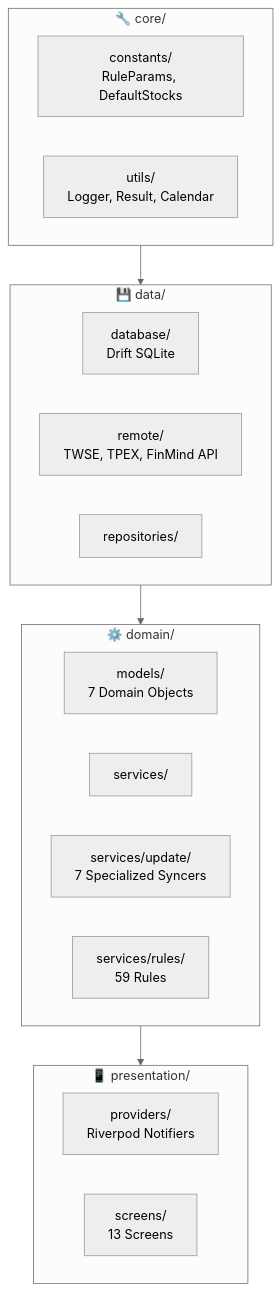
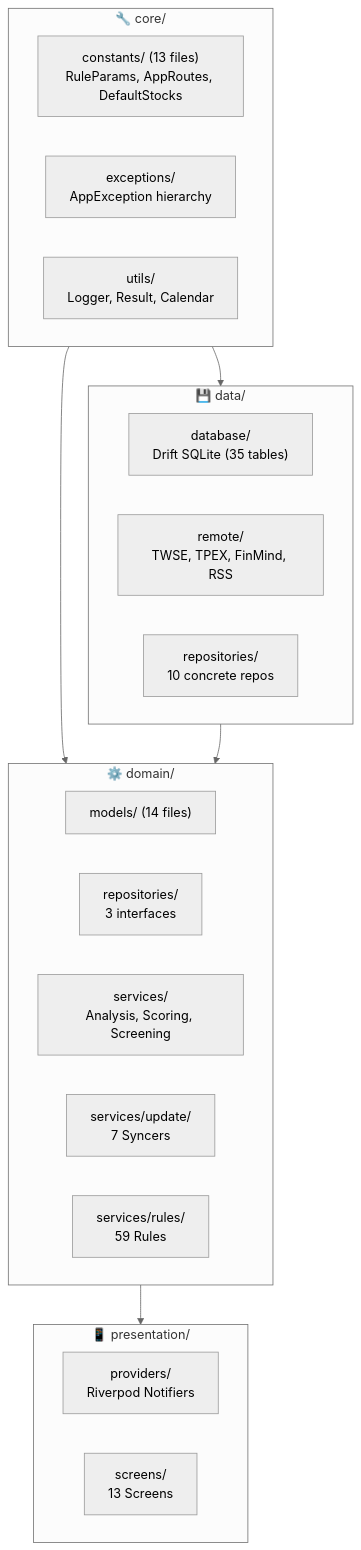
The second of 4 diagrams in CLAUDE.md (Neal75418/afterclose), drawn with Mermaid (neutral theme) before and after one commit. The commit also changed other lines of this file and 2 other files, not shown here.

First line of the commit message:
docs: 更新 CLAUDE.md、README.md、RULE_ENGINE.md 貼近實際代碼

````diff
--- a/CLAUDE.md
+++ b/CLAUDE.md
@@ -52,29 +52,32 @@
 ```mermaid
 flowchart TB
     subgraph Core["🔧 core/"]
-        Constants["constants/<br/>RuleParams, DefaultStocks"]
+        Constants["constants/ (13 files)<br/>RuleParams, AppRoutes, DefaultStocks"]
+        Exceptions["exceptions/<br/>AppException hierarchy"]
         Utils["utils/<br/>Logger, Result, Calendar"]
     end
 
     subgraph Data["💾 data/"]
-        Database["database/<br/>Drift SQLite"]
-        Remote["remote/<br/>TWSE, TPEX, FinMind API"]
-        Repos["repositories/"]
+        Database["database/<br/>Drift SQLite (35 tables)"]
+        Remote["remote/<br/>TWSE, TPEX, FinMind, RSS"]
+        Repos["repositories/<br/>10 concrete repos"]
     end
 
     subgraph Domain["⚙️ domain/"]
-        Models["models/<br/>7 Domain Objects"]
-        Services["services/"]
-        Update["services/update/<br/>7 Specialized Syncers"]
+        Models["models/ (14 files)"]
+        RepoIF["repositories/<br/>3 interfaces"]
+        Services["services/<br/>Analysis, Scoring, Screening"]
+        Update["services/update/<br/>7 Syncers"]
         Rules["services/rules/<br/>59 Rules"]
     end
 
     subgraph Presentation["📱 presentation/"]
         Providers["providers/<br/>Riverpod Notifiers"]
         Screens["screens/<br/>13 Screens"]
     end
 
     Core --> Data
+    Core --> Domain
     Data --> Domain
     Domain --> Presentation
 ```
````
